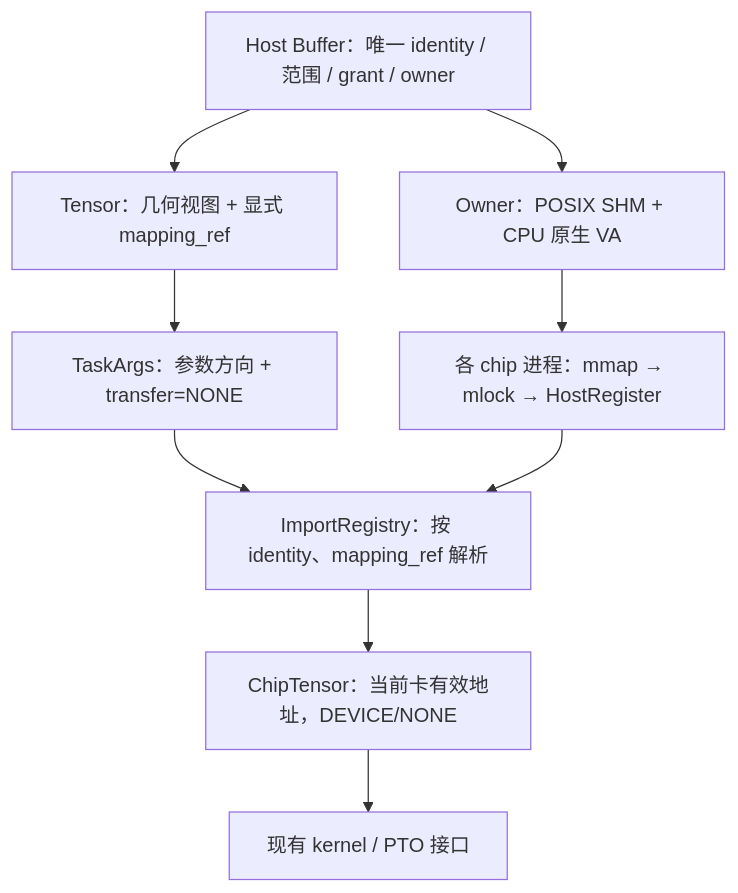
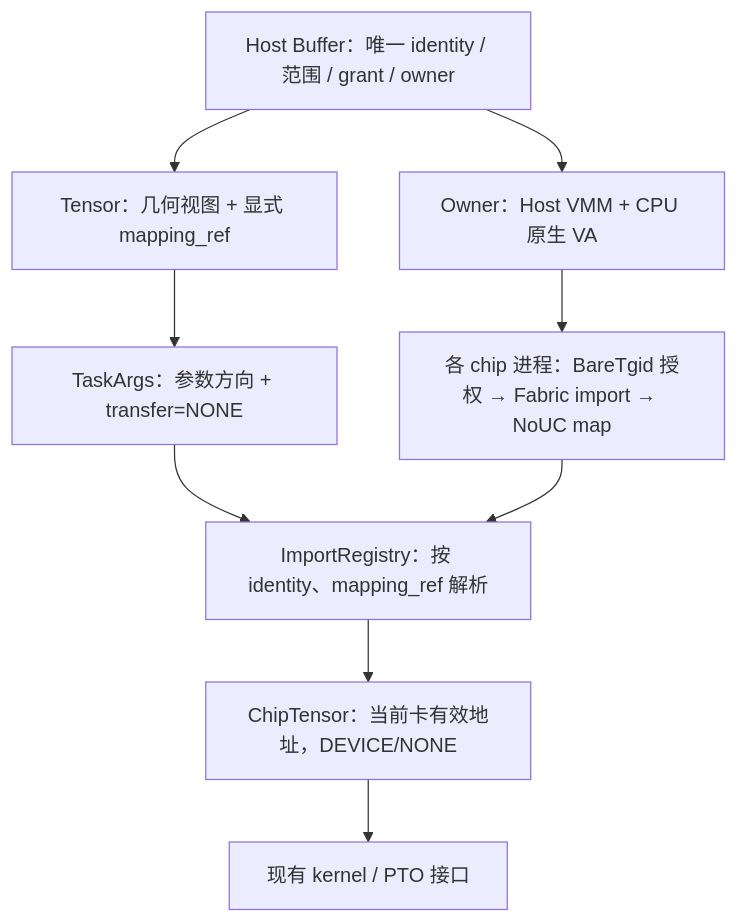
The first of 3 diagrams in docs/zh-cn/a3-host-domain.md (Leaf-Salix/simpler), drawn with Mermaid before and after one commit. The commit also changed other lines of this file and 16 other files, not shown here.

First line of the commit message:
Update: use Fabric for A3 Host domain backings

````diff
--- a/docs/zh-cn/a3-host-domain.md
+++ b/docs/zh-cn/a3-host-domain.md
@@ -46,11 +46,11 @@
 ```mermaid
 flowchart TD
   B["Host Buffer：唯一 identity / 范围 / grant / owner"] --> T["Tensor：几何视图 + 显式 mapping_ref"]
   T --> A["TaskArgs：参数方向 + transfer=NONE"]
   A --> I["ImportRegistry：按 identity、mapping_ref 解析"]
   I --> C["ChipTensor：当前卡有效地址，DEVICE/NONE"]
-  B --> O["Owner：POSIX SHM + CPU 原生 VA"]
-  O --> M["各 chip 进程：mmap → mlock → HostRegister"]
+  B --> O["Owner：Host VMM + CPU 原生 VA"]
+  O --> M["各 chip 进程：BareTgid 授权 → Fabric import → NoUC map"]
   M --> I
   C --> K["现有 kernel / PTO 接口"]
 ```
````
